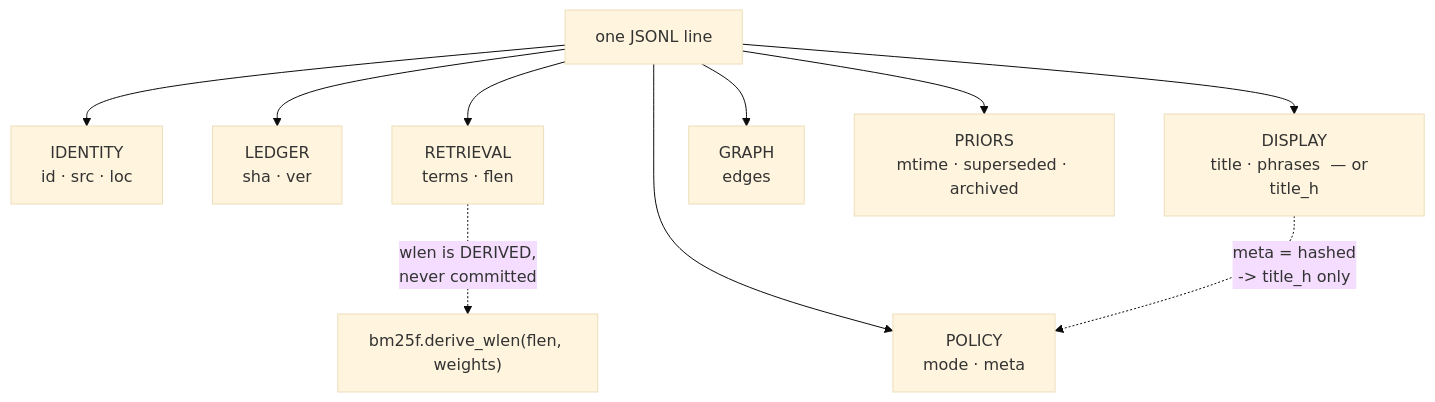
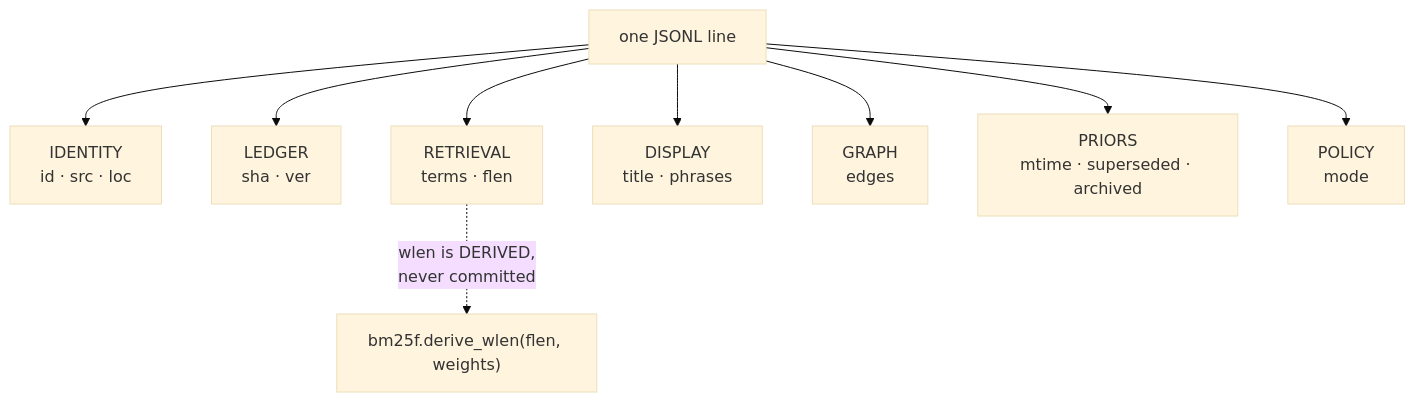
The diagram in records/0109_index-record.md (arpitarya/fux), drawn with Mermaid (base theme) before and after one commit. The commit also changed other lines of this file and 127 other files, not shown here.

````diff
--- a/records/0109_index-record.md
+++ b/records/0109_index-record.md
@@ -49,12 +56,11 @@
 ```mermaid
 flowchart TD
     L["one JSONL line"] --> ID["IDENTITY<br/>id · src · loc"]
     L --> LED["LEDGER<br/>sha · ver"]
     L --> RET["RETRIEVAL<br/>terms · flen"]
-    L --> DIS["DISPLAY<br/>title · phrases  — or  title_h"]
+    L --> DIS["DISPLAY<br/>title · phrases"]
     L --> GRA["GRAPH<br/>edges"]
     L --> PRI["PRIORS<br/>mtime · superseded · archived"]
-    L --> POL["POLICY<br/>mode · meta"]
-    DIS -.->|"meta = hashed<br/>-> title_h only"| POL
+    L --> POL["POLICY<br/>mode"]
     RET -.->|"wlen is DERIVED,<br/>never committed"| WL["bm25f.derive_wlen(flen, weights)"]
 ```
````
